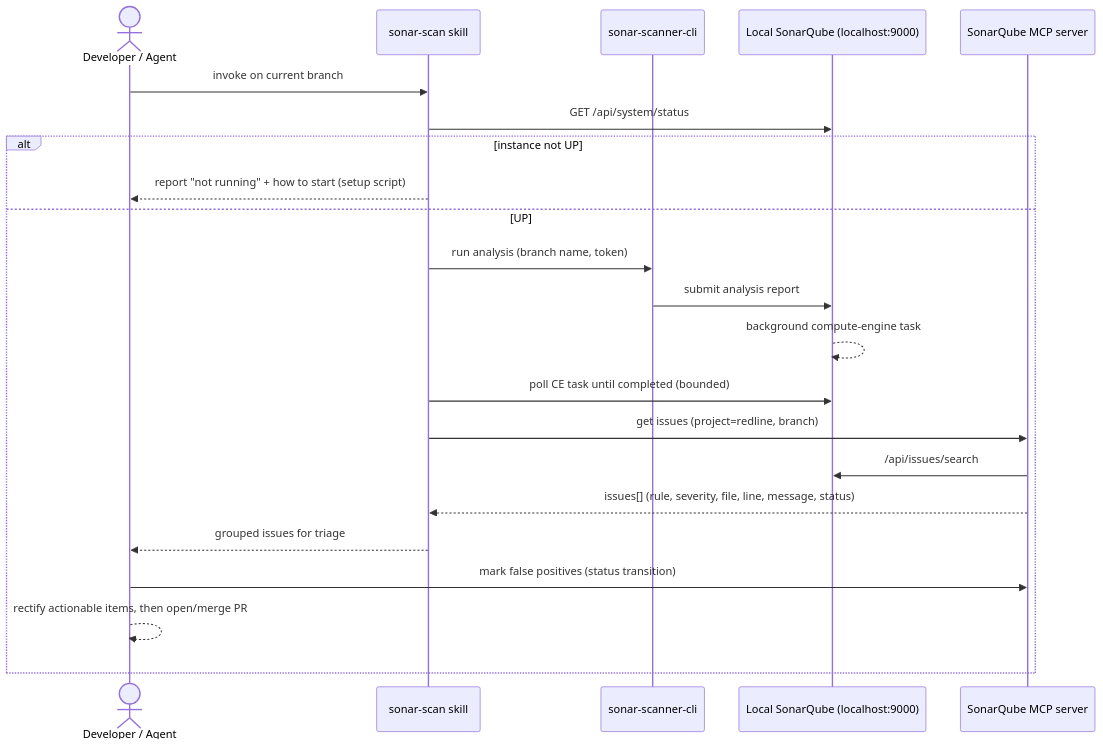
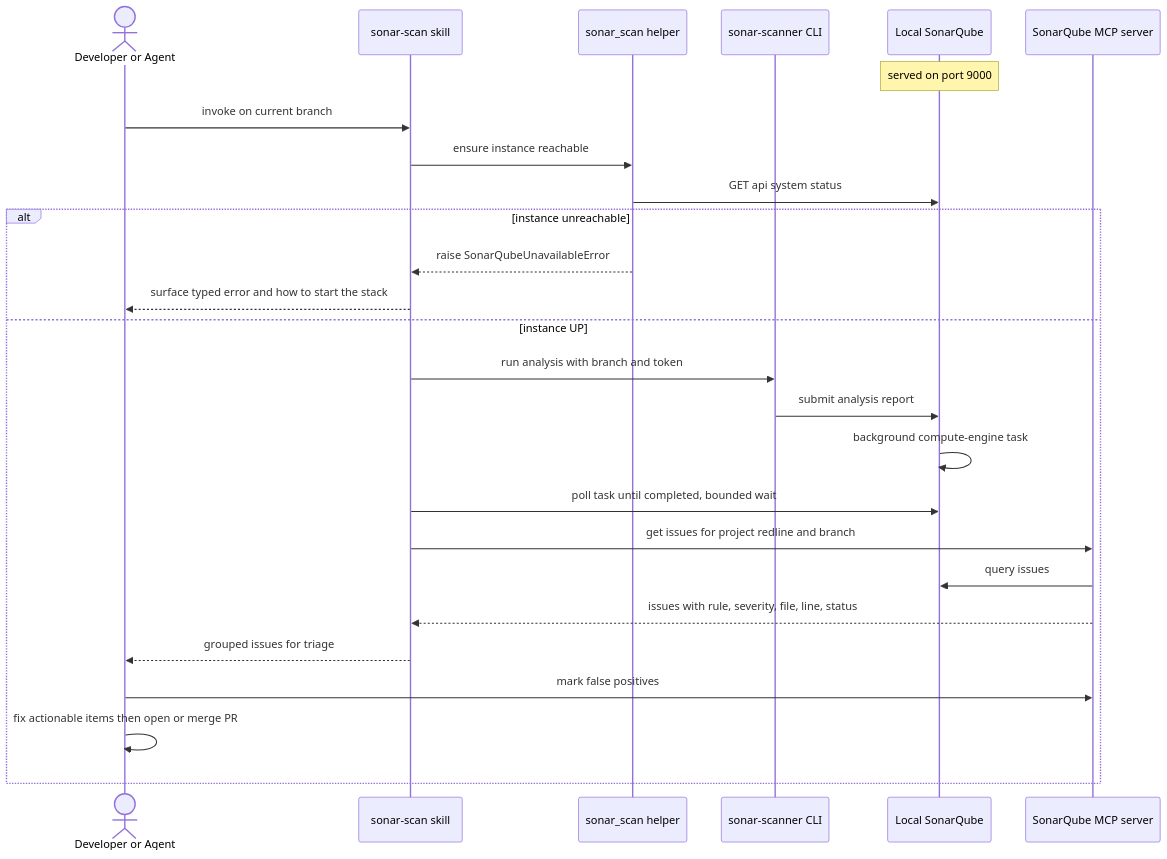
The diagram in specs/014-sonarqube-local-scan/plan.md (redmarklogic/redline), drawn with Mermaid before and after one commit. The commit also changed other lines of this file and 2 other files, not shown here.

Commit message:
docs(specs): update spec 014 sonarqube local scan plan, spec, and tasks

````diff
--- a/specs/014-sonarqube-local-scan/plan.md
+++ b/specs/014-sonarqube-local-scan/plan.md
@@ -92,25 +125,30 @@
 ```mermaid
 sequenceDiagram
-    actor Dev as Developer / Agent
+    actor Dev as Developer or Agent
     participant Skill as sonar-scan skill
-    participant Scanner as sonar-scanner-cli
-    participant SQ as Local SonarQube (localhost:9000)
+    participant Helper as sonar_scan helper
+    participant Scanner as sonar-scanner CLI
+    participant SQ as Local SonarQube
     participant MCP as SonarQube MCP server
 
+    Note over SQ: served on port 9000
+
     Dev->>Skill: invoke on current branch
-    Skill->>SQ: GET /api/system/status
-    alt instance not UP
-        Skill-->>Dev: report "not running" + how to start (setup script)
-    else UP
-        Skill->>Scanner: run analysis (branch name, token)
+    Skill->>Helper: ensure instance reachable
+    Helper->>SQ: GET api system status
+    alt instance unreachable
+        Helper-->>Skill: raise SonarQubeUnavailableError
+        Skill-->>Dev: surface typed error and how to start the stack
+    else instance UP
+        Skill->>Scanner: run analysis with branch and token
         Scanner->>SQ: submit analysis report
-        SQ-->>SQ: background compute-engine task
-        Skill->>SQ: poll CE task until completed (bounded)
-        Skill->>MCP: get issues (project=redline, branch)
-        MCP->>SQ: /api/issues/search
-        MCP-->>Skill: issues[] (rule, severity, file, line, message, status)
+        SQ->>SQ: background compute-engine task
+        Skill->>SQ: poll task until completed, bounded wait
+        Skill->>MCP: get issues for project redline and branch
+        MCP->>SQ: query issues
+        MCP-->>Skill: issues with rule, severity, file, line, status
         Skill-->>Dev: grouped issues for triage
-        Dev->>MCP: mark false positives (status transition)
-        Dev-->>Dev: rectify actionable items, then open/merge PR
+        Dev->>MCP: mark false positives
+        Dev->>Dev: fix actionable items then open or merge PR
     end
 ```
````
